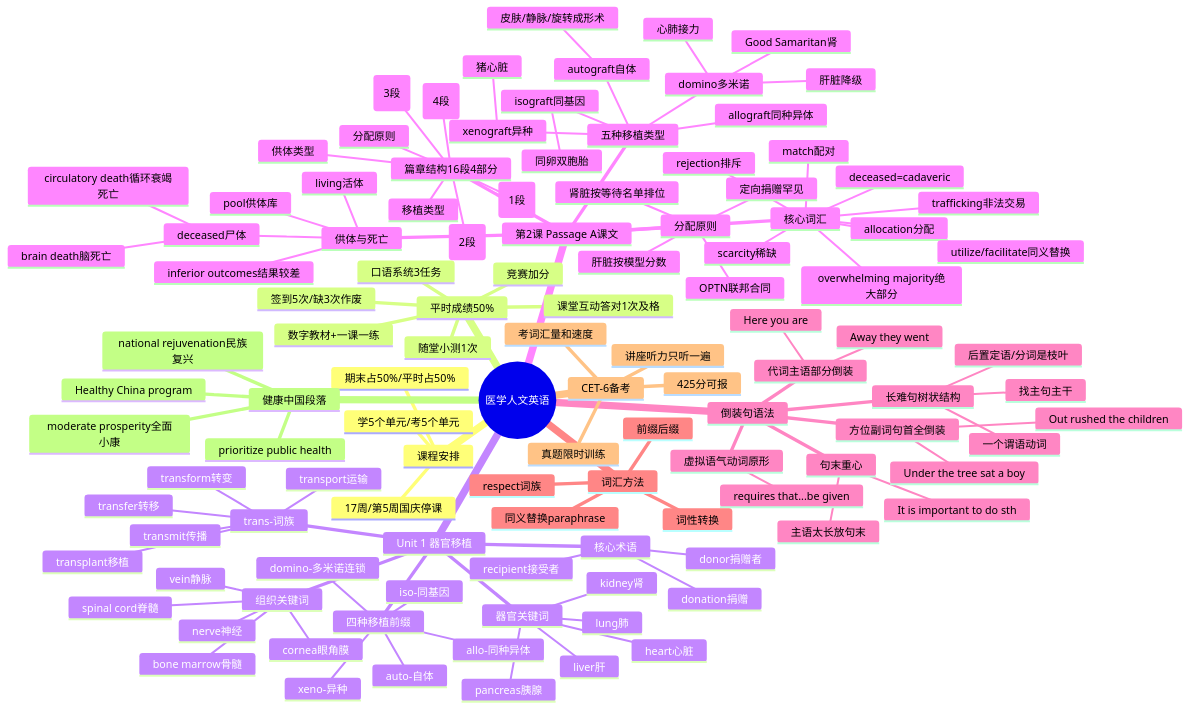
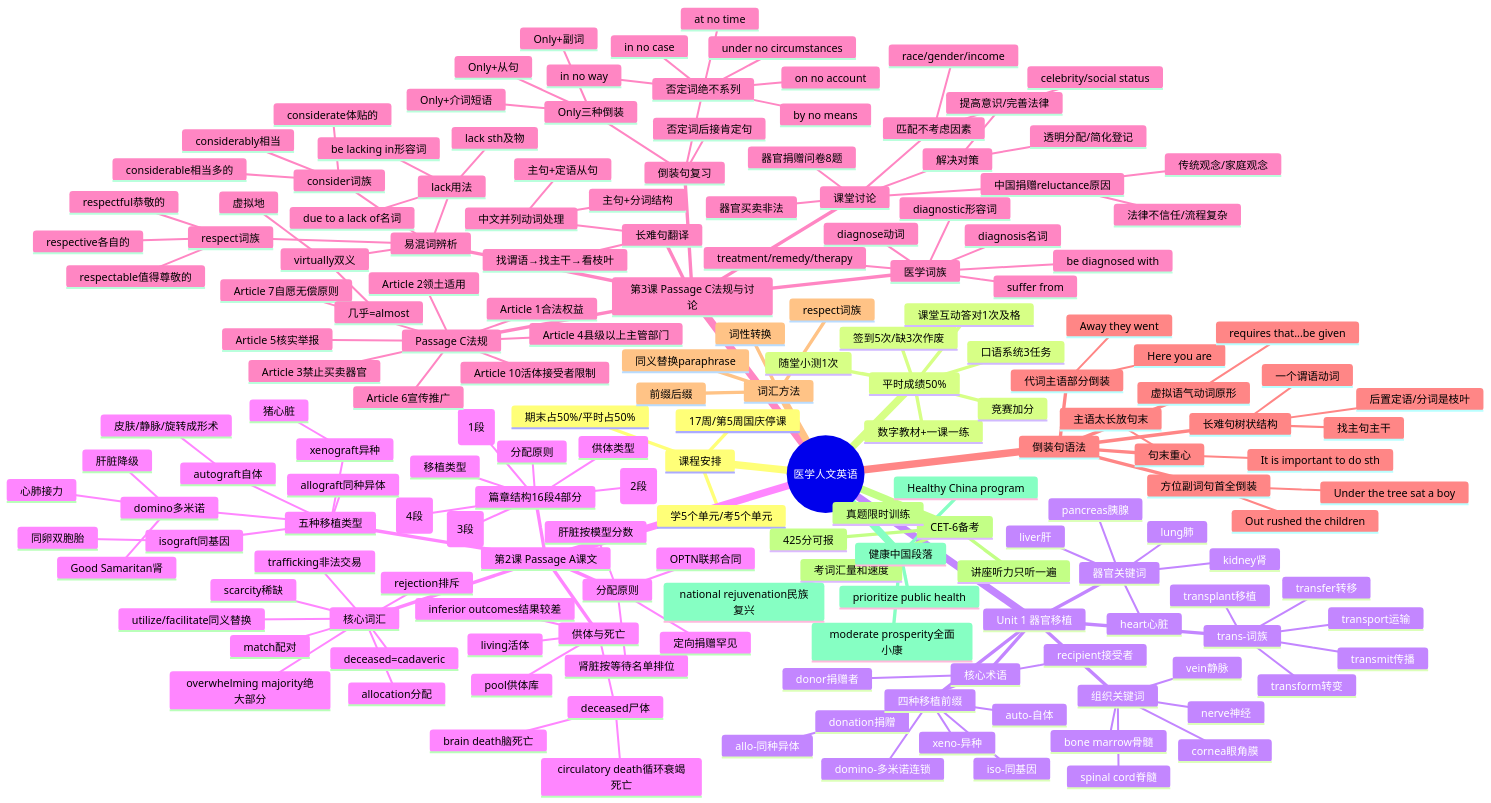
One commit to braisvg/public-notes changed the diagram in 01_大学英语（医学人文英语）/知识框架与思维导图.md. Above: the diagram before and after it, drawn with Mermaid. The commit also changed other lines of this file and 31 other files, not shown here.

```diff
--- a/01_大学英语（医学人文英语）/知识框架与思维导图.md
+++ b/01_大学英语（医学人文英语）/知识框架与思维导图.md
@@ -89,6 +89,69 @@
         overwhelming majority绝大部分
         deceased=cadaveric
         utilize/facilitate同义替换
+    第3课 Passage C法规与讨论
+      倒装句复习
+        Only三种倒装
+          Only+介词短语
+          Only+副词
+          Only+从句
+        否定词绝不系列
+          by no means
+          in no way
+          on no account
+          under no circumstances
+          in no case
+          at no time
+        否定词后接肯定句
+      Passage C法规
+        Article 1合法权益
+        Article 2领土适用
+        Article 3禁止买卖器官
+        Article 4县级以上主管部门
+        Article 5核实举报
+        Article 6宣传推广
+        Article 7自愿无偿原则
+        Article 10活体接受者限制
+      医学词族
+        diagnose动词
+        diagnosis名词
+        diagnostic形容词
+        be diagnosed with
+        suffer from
+        treatment/remedy/therapy
+      易混词辨析
+        respect词族
+          respectful恭敬的
+          respectable值得尊敬的
+          respective各自的
+        consider词族
+          considerate体贴的
+          considerable相当多的
+          considerably相当
+        virtually双义
+          虚拟地
+          几乎=almost
+        lack用法
+          lack sth及物
+          due to a lack of名词
+          be lacking in形容词
+      课堂讨论
+        器官捐赠问卷8题
+        器官买卖非法
+        匹配不考虑因素
+          race/gender/income
+          celebrity/social status
+        中国捐赠reluctance原因
+          传统观念/家庭观念
+          法律不信任/流程复杂
+        解决对策
+          提高意识/完善法律
+          透明分配/简化登记
+      长难句翻译
+        找谓语→找主干→看枝叶
+        中文并列动词处理
+          主句+定语从句
+          主句+分词结构
     倒装句语法
       句末重心
         主语太长放句末
```
